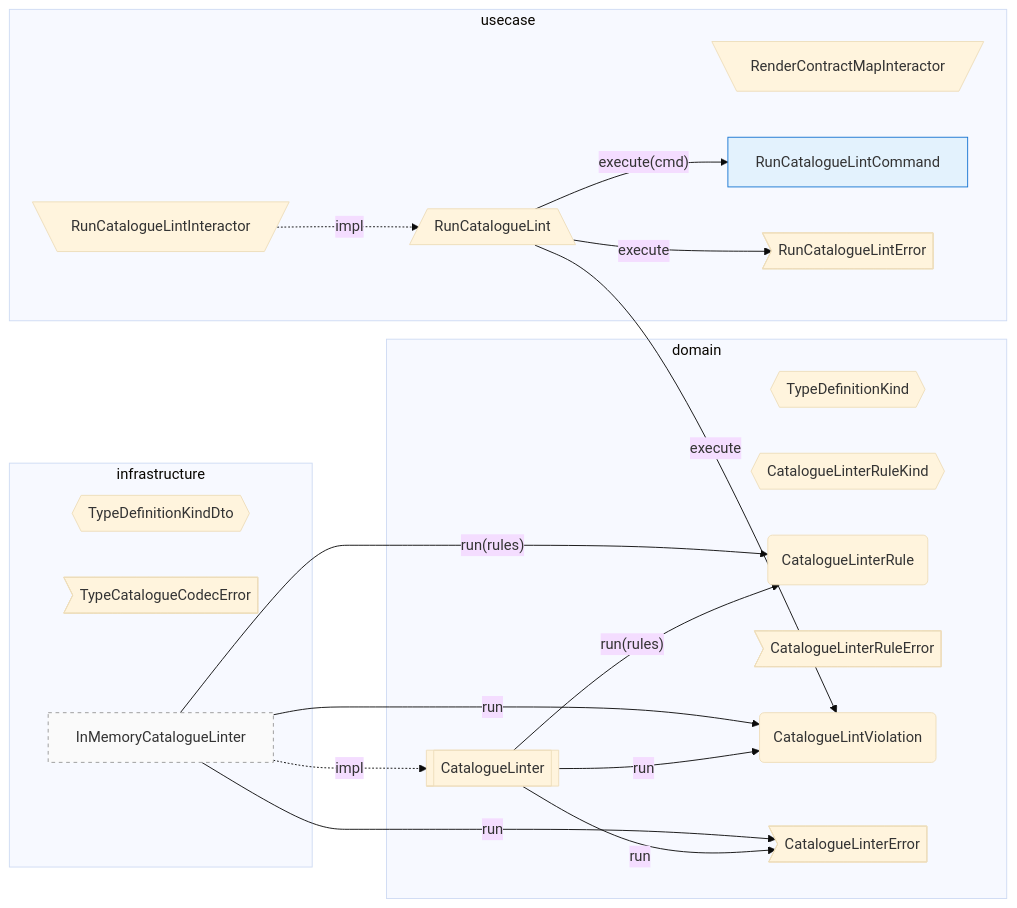
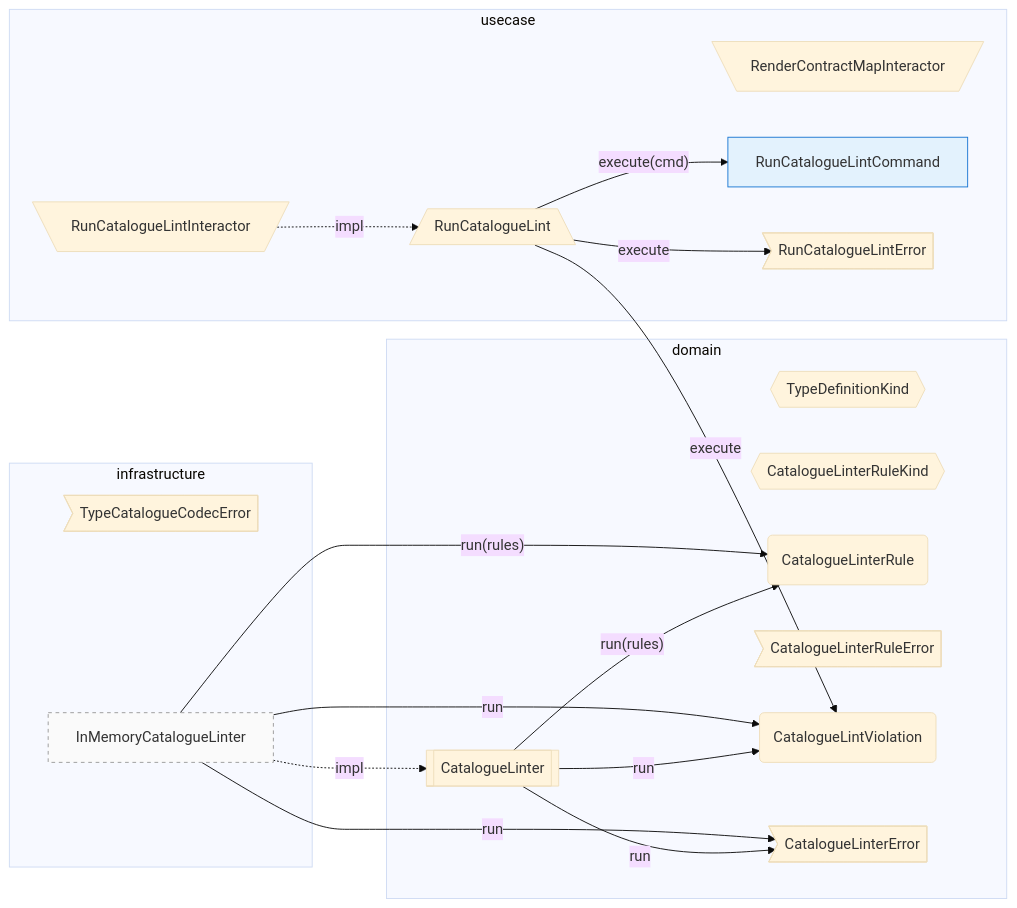
Before and after one commit to Flip451/SoTOHE-core: the diagram in track/items/tddd-struct-kind-uniformization-2026-04-29/contract-map.md, drawn with Mermaid (base theme). The commit also changed 15 other files, not shown here.

````diff
--- a/track/items/tddd-struct-kind-uniformization-2026-04-29/contract-map.md
+++ b/track/items/tddd-struct-kind-uniformization-2026-04-29/contract-map.md
@@ -1,41 +1,40 @@
 ```mermaid
 flowchart LR
     classDef secondary_adapter fill:#fafafa,stroke:#999,stroke-dasharray: 4 4
     classDef command fill:#e3f2fd,stroke:#1976d2
     classDef query fill:#f3e5f5,stroke:#8e24aa
     classDef factory fill:#fff8e1,stroke:#f9a825
     classDef free_function fill:#f1f8e9,stroke:#558b2f
     classDef domain_service fill:#fce4ec,stroke:#c62828
     subgraph domain [domain]
         L6_domain_TypeDefinitionKind{{TypeDefinitionKind}}
         L6_domain_CatalogueLinterRuleKind{{CatalogueLinterRuleKind}}
         L6_domain_CatalogueLinterRule(CatalogueLinterRule)
         L6_domain_CatalogueLinterRuleError>CatalogueLinterRuleError]
         L6_domain_CatalogueLintViolation(CatalogueLintViolation)
         L6_domain_CatalogueLinterError>CatalogueLinterError]
         L6_domain_CatalogueLinter[[CatalogueLinter]]
     end
     subgraph usecase [usecase]
         L7_usecase_RenderContractMapInteractor[\RenderContractMapInteractor/]
         L7_usecase_RunCatalogueLintCommand[RunCatalogueLintCommand]:::command
         L7_usecase_RunCatalogueLintError>RunCatalogueLintError]
         L7_usecase_RunCatalogueLint[/RunCatalogueLint\]
         L7_usecase_RunCatalogueLintInteractor[\RunCatalogueLintInteractor/]
     end
     subgraph infrastructure [infrastructure]
-        L14_infrastructure_TypeDefinitionKindDto{{TypeDefinitionKindDto}}
         L14_infrastructure_TypeCatalogueCodecError>TypeCatalogueCodecError]
         L14_infrastructure_InMemoryCatalogueLinter[InMemoryCatalogueLinter]:::secondary_adapter
     end
     L14_infrastructure_InMemoryCatalogueLinter -->|"run"| L6_domain_CatalogueLintViolation
     L14_infrastructure_InMemoryCatalogueLinter -->|"run"| L6_domain_CatalogueLinterError
     L14_infrastructure_InMemoryCatalogueLinter -->|"run(rules)"| L6_domain_CatalogueLinterRule
     L14_infrastructure_InMemoryCatalogueLinter -.impl.-> L6_domain_CatalogueLinter
     L6_domain_CatalogueLinter -->|"run"| L6_domain_CatalogueLintViolation
     L6_domain_CatalogueLinter -->|"run"| L6_domain_CatalogueLinterError
     L6_domain_CatalogueLinter -->|"run(rules)"| L6_domain_CatalogueLinterRule
     L7_usecase_RunCatalogueLint -->|"execute"| L6_domain_CatalogueLintViolation
     L7_usecase_RunCatalogueLint -->|"execute"| L7_usecase_RunCatalogueLintError
     L7_usecase_RunCatalogueLint -->|"execute(cmd)"| L7_usecase_RunCatalogueLintCommand
     L7_usecase_RunCatalogueLintInteractor -.impl.-> L7_usecase_RunCatalogueLint
 ```
````
